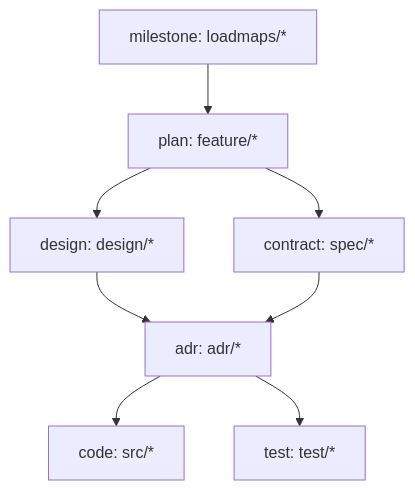
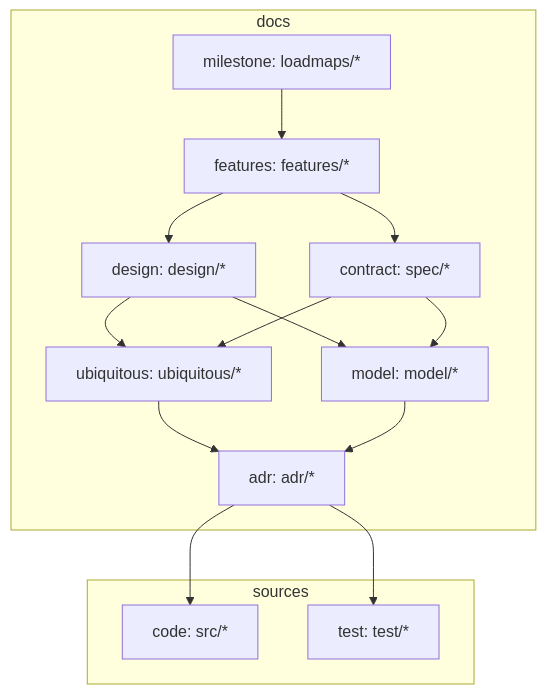
The diagram in docs/overview.md (gameundwatch/periplus), drawn with Mermaid before and after one commit. The commit also changed 25 other files, not shown here.

````diff
--- a/docs/overview.md
+++ b/docs/overview.md
@@ -6,20 +6,31 @@
 ```mermaid
 flowchart TD
 
-    milestone[milestone: loadmaps/*]
-    plan[plan: feature/*]
-    design[design: design/*]
-    contract[contract: spec/*]
-    adr[adr: adr/*]
-    code[code: src/*]
-    test[test: test/*]
-    
-    milestone --> plan
-    plan--> design
-    plan --> contract
-    design --> adr
-    contract --> adr
+    subgraph docs
+        milestone[milestone: loadmaps/*]
+        feature[features: features/*]
+        design[design: design/*]
+        contract[contract: spec/*]
+        adr[adr: adr/*]
+        ubiquitous[ubiquitous: ubiquitous/*]
+        model[model: model/*]
+    end
+
+    subgraph sources
+        code[code: src/*]
+        test[test: test/*]
+    end
+
+    milestone --> feature
+    feature --> design
+    feature --> contract
+    design --> ubiquitous
+    design --> model
+    contract --> ubiquitous
+    contract --> model
+    ubiquitous --> adr
+    model --> adr
     adr --> code
     adr --> test
 
 ```
````
